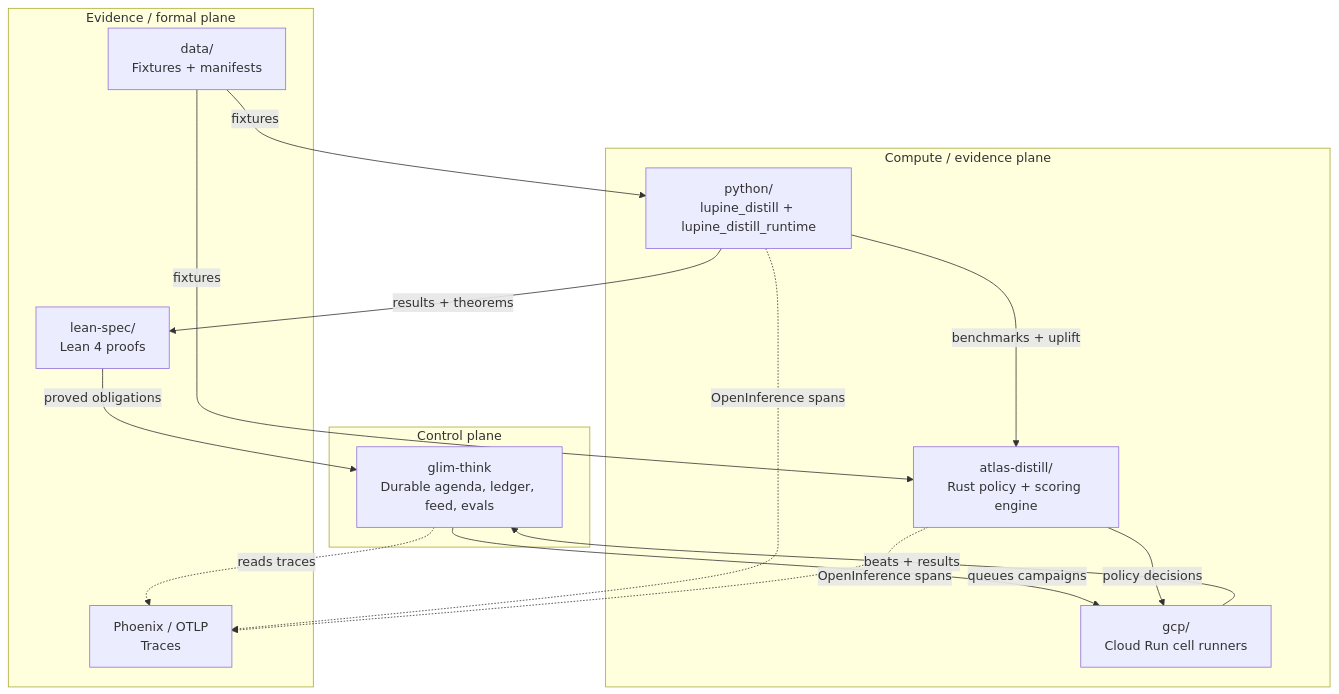
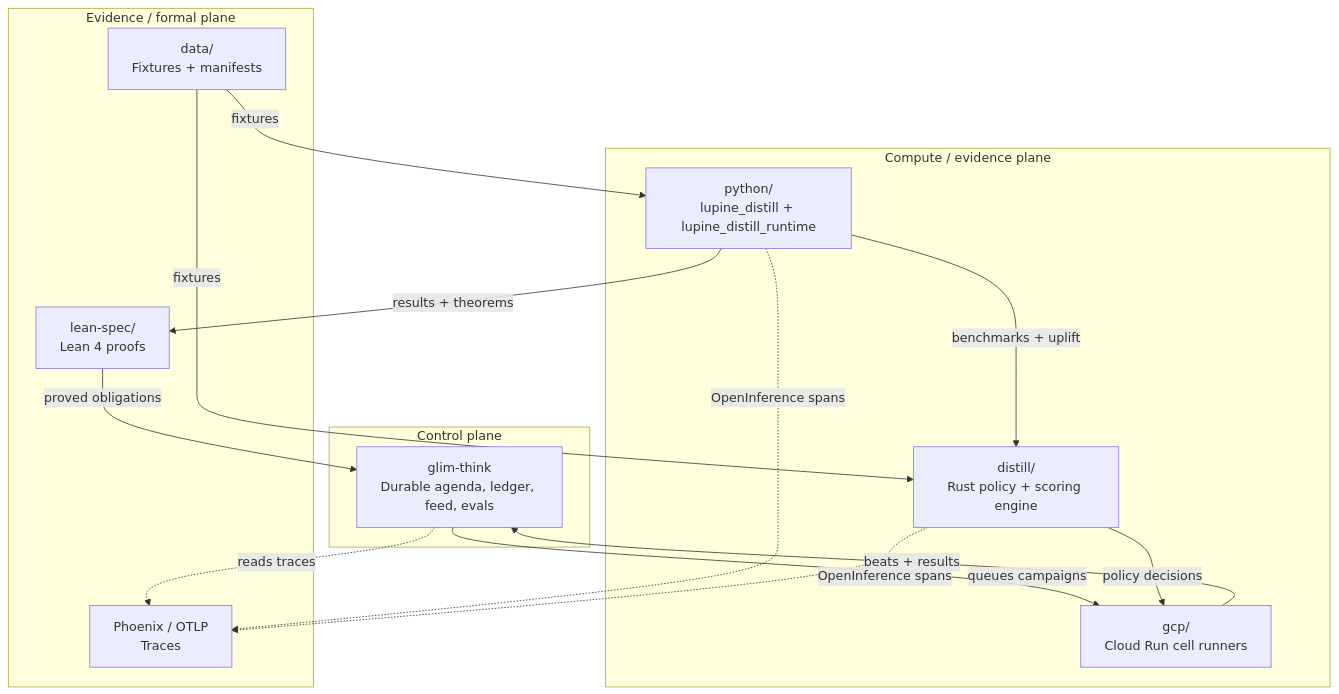
One commit to alexwelcing/lupine-rhizo changed the diagram in docs/ARCHITECTURE.md. Above: the diagram before and after it, drawn with Mermaid. The commit also changed other lines of this file and 832 other files, not shown here.

Commit message:
Consolidate internal engine, proof and compute naming under Rhizo and Distill

````diff
--- a/docs/ARCHITECTURE.md
+++ b/docs/ARCHITECTURE.md
@@ -19,30 +19,30 @@
 ```mermaid
 flowchart TB
     subgraph Control["Control plane"]
         GT[glim-think<br/>Durable agenda, ledger, feed, evals]
     end
 
     subgraph Compute["Compute / evidence plane"]
         PY[python/<br/>lupine_distill + lupine_distill_runtime]
-        AD[atlas-distill/<br/>Rust policy + scoring engine]
+        AD[distill/<br/>Rust policy + scoring engine]
         GCP[gcp/<br/>Cloud Run cell runners]
     end
 
     subgraph Evidence["Evidence / formal plane"]
         LS[lean-spec/<br/>Lean 4 proofs]
         DATA[data/<br/>Fixtures + manifests]
         PHX[Phoenix / OTLP<br/>Traces]
     end
 
     GT -->|queues campaigns| GCP
     PY -->|benchmarks + uplift| AD
     AD -->|policy decisions| GCP
     GCP -->|beats + results| GT
     PY -->|results + theorems| LS
     LS -->|proved obligations| GT
     DATA -->|fixtures| PY
     DATA -->|fixtures| AD
     PY -.->|OpenInference spans| PHX
     AD -.->|OpenInference spans| PHX
     GT -.->|reads traces| PHX
 ```
````
